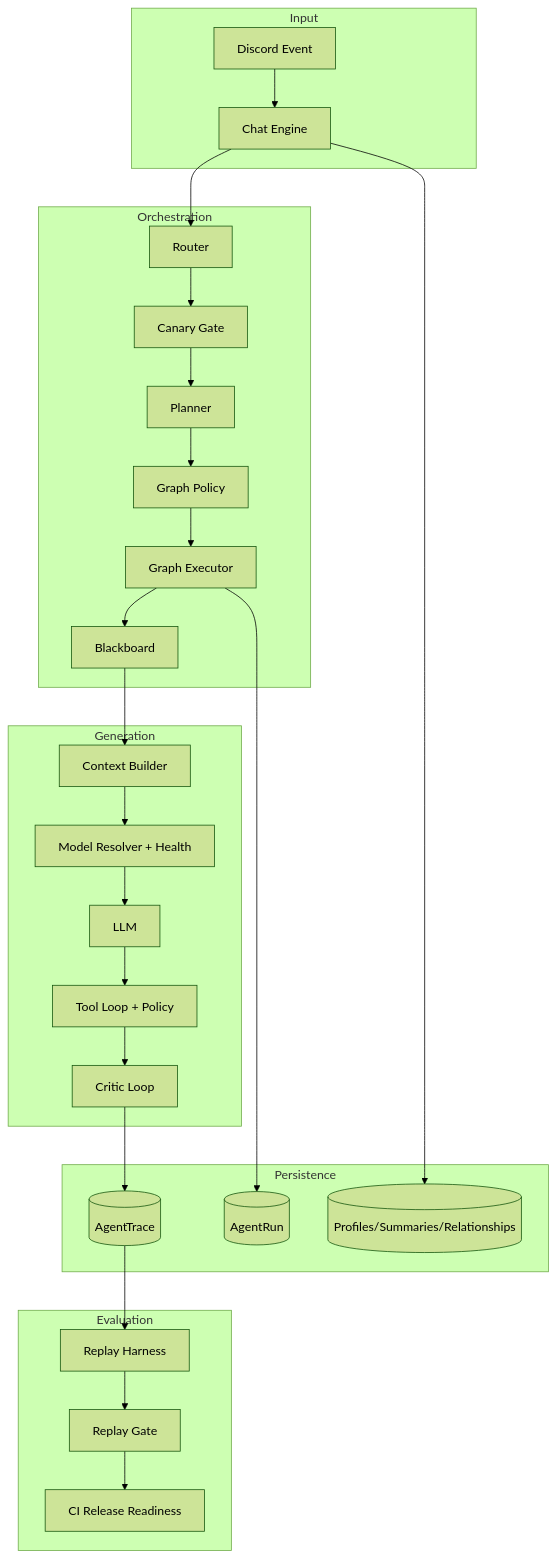
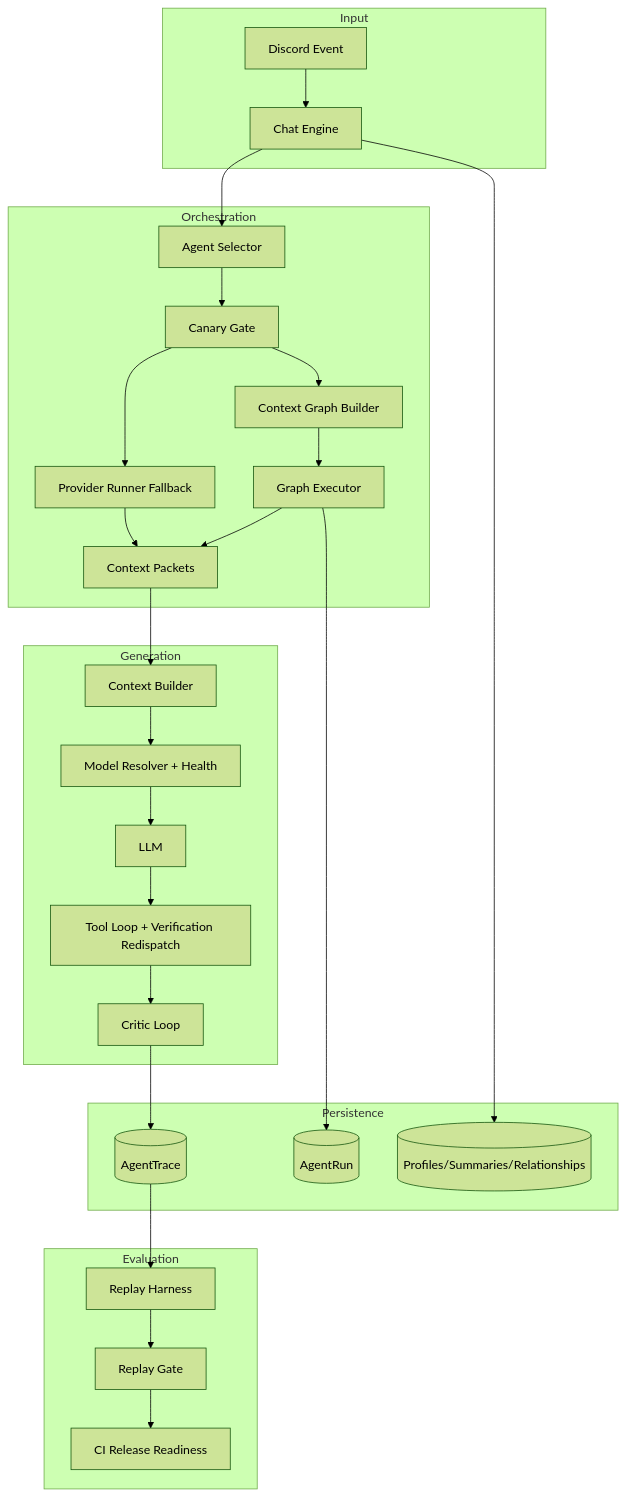
One commit to BokX1/Sage changed the second of 2 diagrams in docs/AGENTIC_ARCHITECTURE.md. Above: the diagram before and after it, drawn with Mermaid (forest theme). The commit also changed other lines of this file and 66 other files, not shown here.

````diff
--- a/docs/AGENTIC_ARCHITECTURE.md
+++ b/docs/AGENTIC_ARCHITECTURE.md
@@ -164,44 +166,44 @@
 ```mermaid
 flowchart TB
     subgraph Input
       A[Discord Event]
       B[Chat Engine]
     end
 
     subgraph Orchestration
-      C[Router]
+      C[Agent Selector]
       D[Canary Gate]
-      E[Planner]
-      F[Graph Policy]
-      G[Graph Executor]
-      H[Blackboard]
+      E[Context Graph Builder]
+      F[Graph Executor]
+      G[Provider Runner Fallback]
+      H[Context Packets]
     end
 
     subgraph Generation
       I[Context Builder]
       J[Model Resolver + Health]
       K[LLM]
-      L[Tool Loop + Policy]
+      L[Tool Loop + Verification Redispatch]
       M[Critic Loop]
     end
 
     subgraph Persistence
       N[(AgentTrace)]
       O[(AgentRun)]
       P[(Profiles/Summaries/Relationships)]
     end
 
     subgraph Evaluation
       Q[Replay Harness]
       R[Replay Gate]
       S[CI Release Readiness]
     end
 
     A --> B --> C --> D
-    D --> E --> F --> G --> H --> I --> J --> K
-    K --> L --> M
-    M --> N
-    G --> O
+    D --> E --> F --> H
+    D --> G --> H
+    H --> I --> J --> K --> L --> M --> N
+    F --> O
     B --> P
     N --> Q --> R --> S
 ```
````
